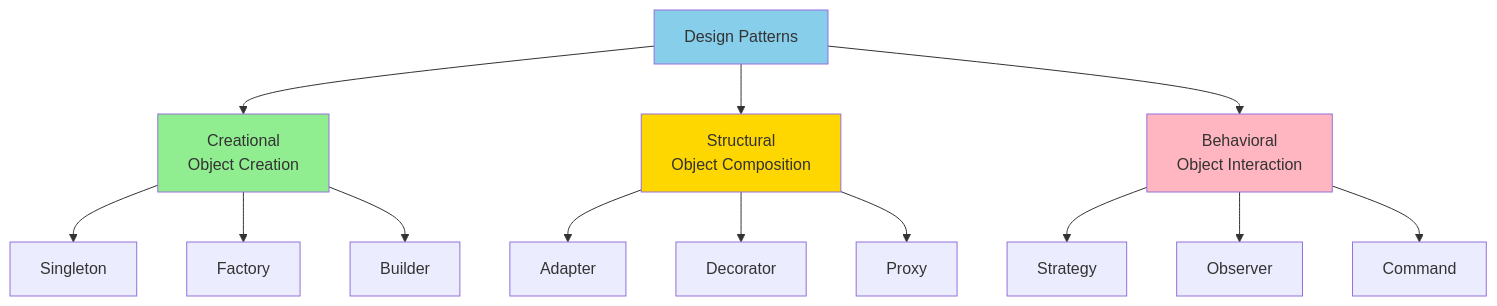
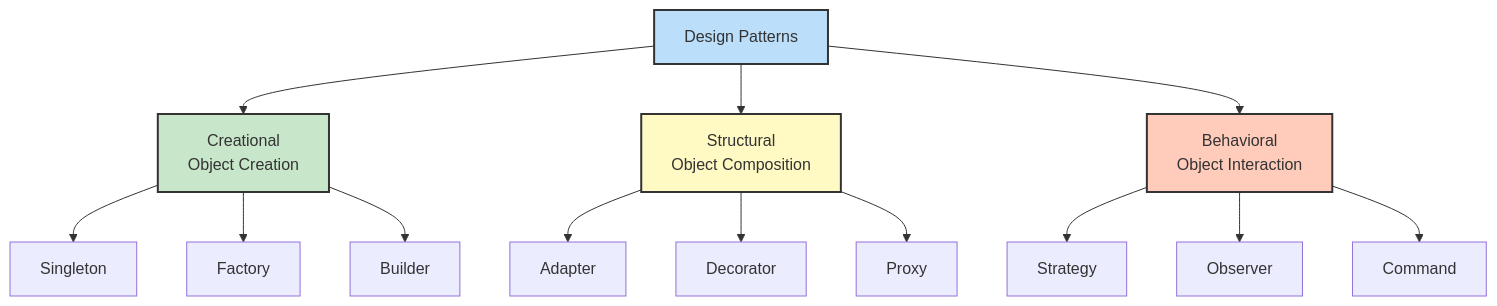
One commit to NguyenPhamCode4You/ai-home-lab-docker-compose changed the second of 2 diagrams in C# fundamentals/day12-design-patterns.md. Above: the diagram before and after it, drawn with Mermaid. The commit also changed other lines of this file and 10 other files, not shown here.

````diff
--- a/C# fundamentals/day12-design-patterns.md
+++ b/C# fundamentals/day12-design-patterns.md
@@ -41,23 +41,23 @@
 ```mermaid
 graph TB
     A[Design Patterns] --> B[Creational<br/>Object Creation]
     A --> C[Structural<br/>Object Composition]
     A --> D[Behavioral<br/>Object Interaction]
 
     B --> B1[Singleton]
     B --> B2[Factory]
     B --> B3[Builder]
 
     C --> C1[Adapter]
     C --> C2[Decorator]
     C --> C3[Proxy]
 
     D --> D1[Strategy]
     D --> D2[Observer]
     D --> D3[Command]
 
-    style A fill:#87CEEB
-    style B fill:#90EE90
-    style C fill:#FFD700
-    style D fill:#FFB6C1
+    style A fill:#bbdefb,stroke:#333,stroke-width:2px
+    style B fill:#c8e6c9,stroke:#333,stroke-width:2px
+    style C fill:#fff9c4,stroke:#333,stroke-width:2px
+    style D fill:#ffccbc,stroke:#333,stroke-width:2px
 ```
````
